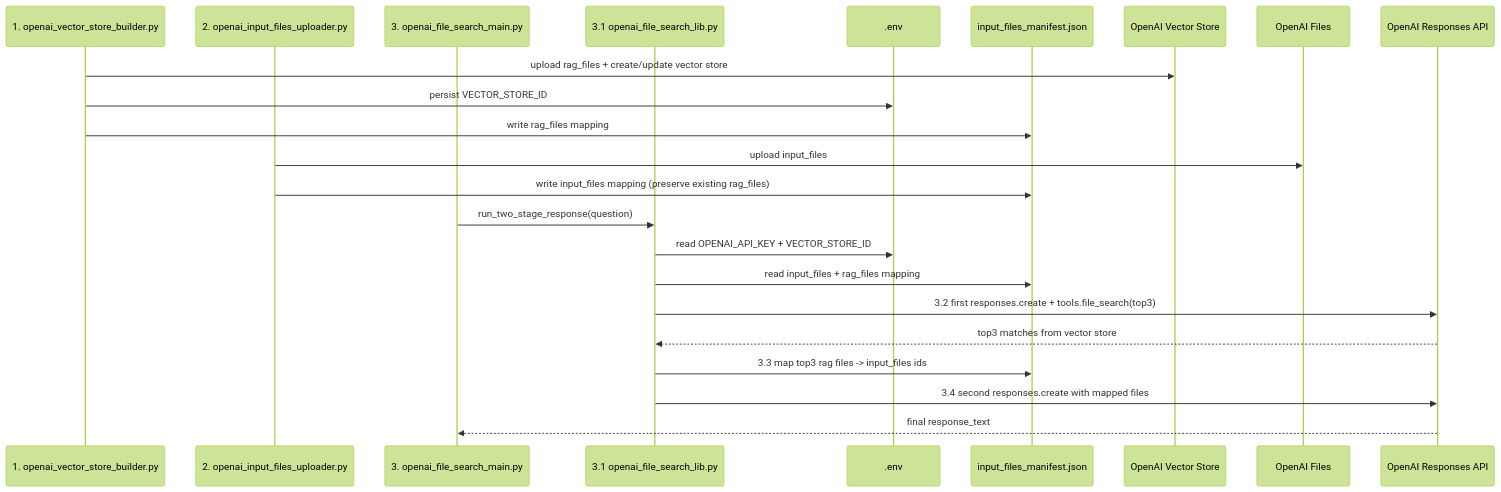
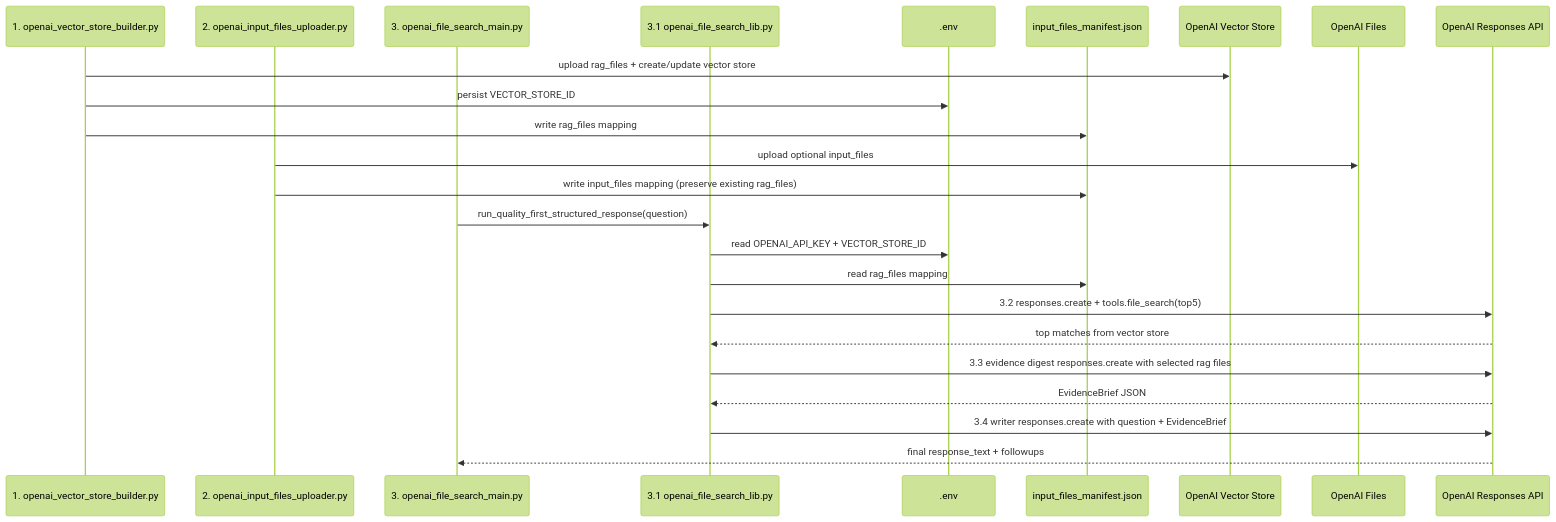
One commit to kevin1kevin1k/cyber-oracle changed the diagram in backend/README.md. Above: the diagram before and after it, drawn with Mermaid (forest theme). The commit also changed other lines of this file and 12 other files, not shown here.

Commit message:
refactor(openai): add quality-first ask pipeline

````diff
--- a/backend/README.md
+++ b/backend/README.md
@@ -319,28 +320,29 @@
 ```mermaid
 sequenceDiagram
   participant Builder as 1. openai_vector_store_builder.py
   participant Uploader as 2. openai_input_files_uploader.py
   participant Main as 3. openai_file_search_main.py
   participant Lib as 3.1 openai_file_search_lib.py
   participant Env as .env
   participant Manifest as input_files_manifest.json
   participant VS as OpenAI Vector Store
   participant Files as OpenAI Files
   participant Resp as OpenAI Responses API
 
   Builder->>VS: upload rag_files + create/update vector store
   Builder->>Env: persist VECTOR_STORE_ID
   Builder->>Manifest: write rag_files mapping
 
-  Uploader->>Files: upload input_files
+  Uploader->>Files: upload optional input_files
   Uploader->>Manifest: write input_files mapping (preserve existing rag_files)
 
-  Main->>Lib: run_two_stage_response(question)
+  Main->>Lib: run_quality_first_structured_response(question)
   Lib->>Env: read OPENAI_API_KEY + VECTOR_STORE_ID
-  Lib->>Manifest: read input_files + rag_files mapping
-  Lib->>Resp: 3.2 first responses.create + tools.file_search(top3)
-  Resp-->>Lib: top3 matches from vector store
-  Lib->>Manifest: 3.3 map top3 rag files -> input_files ids
-  Lib->>Resp: 3.4 second responses.create with mapped files
-  Resp-->>Main: final response_text
+  Lib->>Manifest: read rag_files mapping
+  Lib->>Resp: 3.2 responses.create + tools.file_search(top5)
+  Resp-->>Lib: top matches from vector store
+  Lib->>Resp: 3.3 evidence digest responses.create with selected rag files
+  Resp-->>Lib: EvidenceBrief JSON
+  Lib->>Resp: 3.4 writer responses.create with question + EvidenceBrief
+  Resp-->>Main: final response_text + followups
 ```
````
